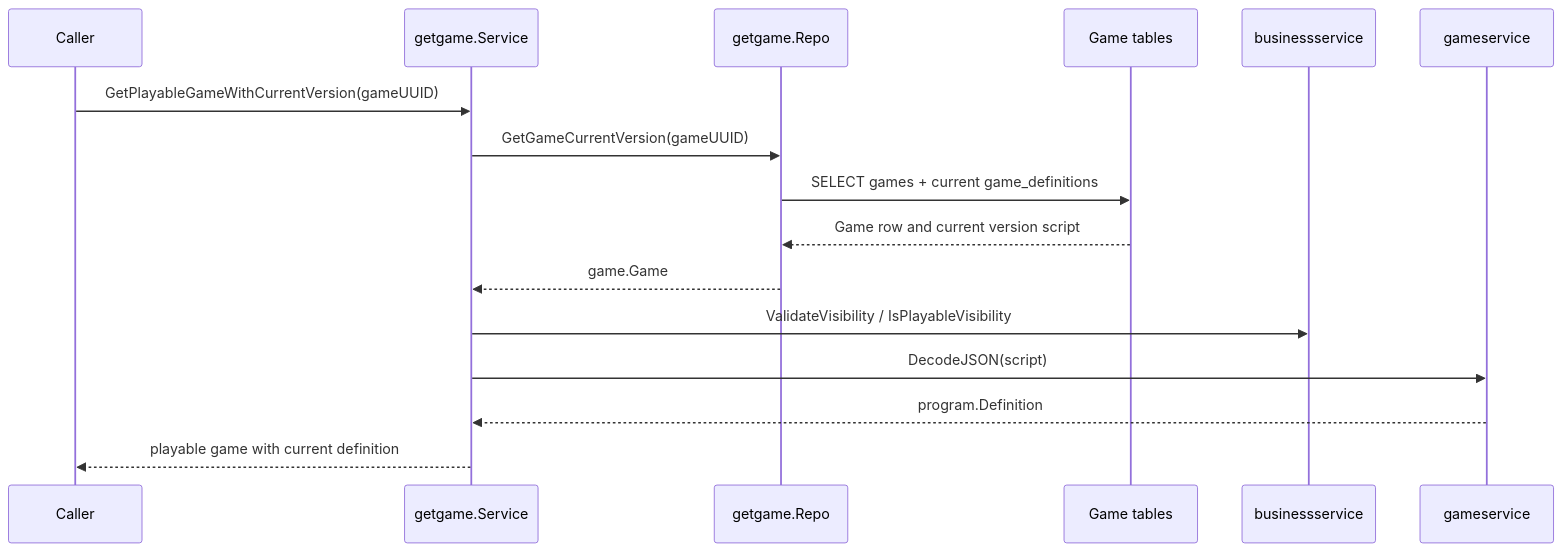
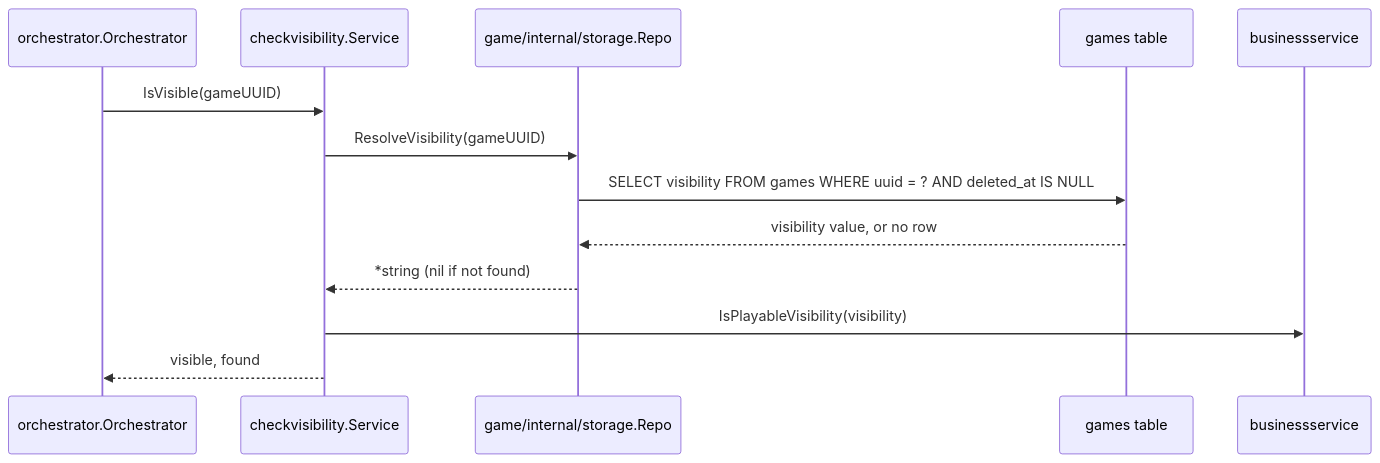
Before and after one commit to diegobermudez03/playhoot: the diagram in game/docs/FLOWS.md, drawn with Mermaid. The commit also changed other lines of this file and 24 other files, not shown here.

````diff
--- a/game/docs/FLOWS.md
+++ b/game/docs/FLOWS.md
@@ -7,19 +7,16 @@
 ```mermaid
 sequenceDiagram
-    participant Caller
-    participant UseCase as getgame.Service
-    participant Repo as getgame.Repo
-    participant DB as Game tables
+    participant Caller as orchestrator.Orchestrator
+    participant UseCase as checkvisibility.Service
+    participant Repo as game/internal/storage.Repo
+    participant DB as games table
     participant Rules as businessservice
-    participant Language as gameservice
 
-    Caller->>UseCase: GetPlayableGameWithCurrentVersion(gameUUID)
-    UseCase->>Repo: GetGameCurrentVersion(gameUUID)
-    Repo->>DB: SELECT games + current game_definitions
-    DB-->>Repo: Game row and current version script
-    Repo-->>UseCase: game.Game
-    UseCase->>Rules: ValidateVisibility / IsPlayableVisibility
-    UseCase->>Language: DecodeJSON(script)
-    Language-->>UseCase: program.Definition
-    UseCase-->>Caller: playable game with current definition
+    Caller->>UseCase: IsVisible(gameUUID)
+    UseCase->>Repo: ResolveVisibility(gameUUID)
+    Repo->>DB: SELECT visibility FROM games WHERE uuid = ? AND deleted_at IS NULL
+    DB-->>Repo: visibility value, or no row
+    Repo-->>UseCase: *string (nil if not found)
+    UseCase->>Rules: IsPlayableVisibility(visibility)
+    UseCase-->>Caller: visible, found
 ```
````
